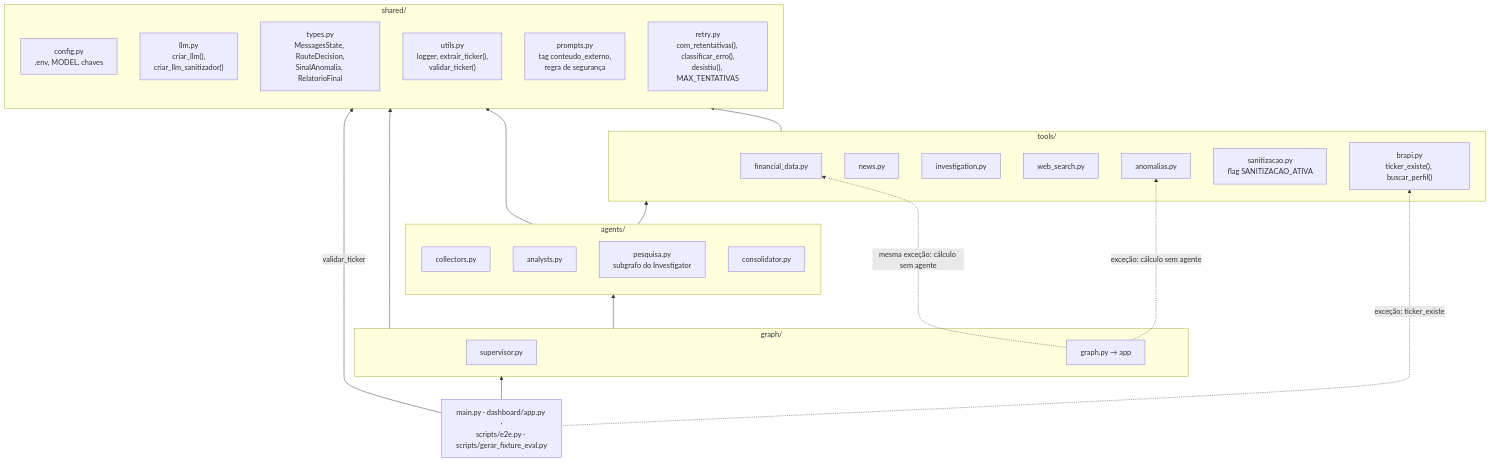
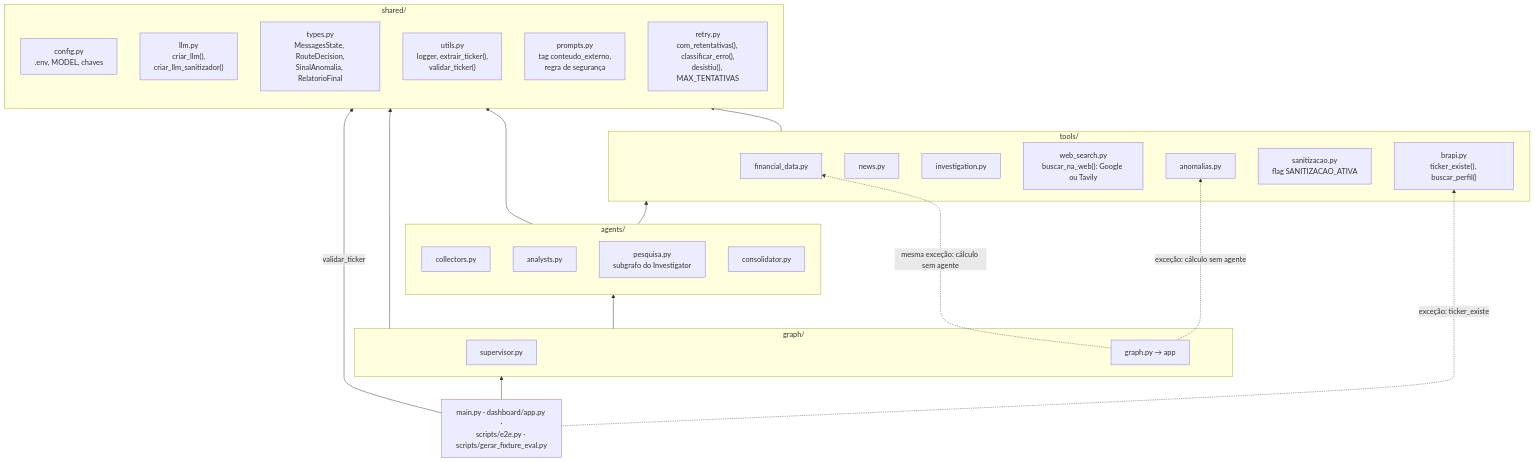
The fifth of 8 diagrams in docs/arquitetura.md (igorc22/pipeline-inteligencia-financeira-b3), drawn with Mermaid before and after one commit. The commit also changed other lines of this file and 2 other files, not shown here.

Commit message:
docs: busca com google ou tavily no diário, na arquitetura e no readme

````diff
--- a/docs/arquitetura.md
+++ b/docs/arquitetura.md
@@ -201,46 +201,46 @@
 ```mermaid
 flowchart BT
     subgraph C_SHARED["shared/"]
         CFG["config.py<br/>.env, MODEL, chaves"]
         LLMF["llm.py<br/>criar_llm(),<br/>criar_llm_sanitizador()"]
         TYP["types.py<br/>MessagesState, RouteDecision,<br/>SinalAnomalia, RelatorioFinal"]
         UTL["utils.py<br/>logger, extrair_ticker(),<br/>validar_ticker()"]
         PRM["prompts.py<br/>tag conteudo_externo,<br/>regra de segurança"]
         RTY["retry.py<br/>com_retentativas(), classificar_erro(),<br/>desistiu(), MAX_TENTATIVAS"]
     end
 
     subgraph C_TOOLS["tools/"]
         FD["financial_data.py"]
         NW["news.py"]
         INVT["investigation.py"]
-        WS["web_search.py"]
+        WS["web_search.py<br/>buscar_na_web(): Google ou Tavily"]
         ANO["anomalias.py"]
         SAN["sanitizacao.py<br/>flag SANITIZACAO_ATIVA"]
         BRP["brapi.py<br/>ticker_existe(), buscar_perfil()"]
     end
 
     subgraph C_AGENTS["agents/"]
         COL["collectors.py"]
         ANL["analysts.py"]
         INVA["pesquisa.py<br/>subgrafo do Investigator"]
         CONS["consolidator.py"]
     end
 
     subgraph C_GRAPH["graph/"]
         SUP["supervisor.py"]
         GR["graph.py → app"]
     end
 
     ENTRY["main.py · dashboard/app.py ·<br/>scripts/e2e.py · scripts/gerar_fixture_eval.py"]
 
     C_TOOLS --> C_SHARED
     C_AGENTS --> C_TOOLS
     C_AGENTS --> C_SHARED
     C_GRAPH --> C_AGENTS
     C_GRAPH --> C_SHARED
     GR -.->|"exceção: cálculo sem agente"| ANO
     GR -.->|"mesma exceção: cálculo sem agente"| FD
     ENTRY --> C_GRAPH
     ENTRY -->|"validar_ticker"| C_SHARED
     ENTRY -.->|"exceção: ticker_existe"| BRP
 ```
````
